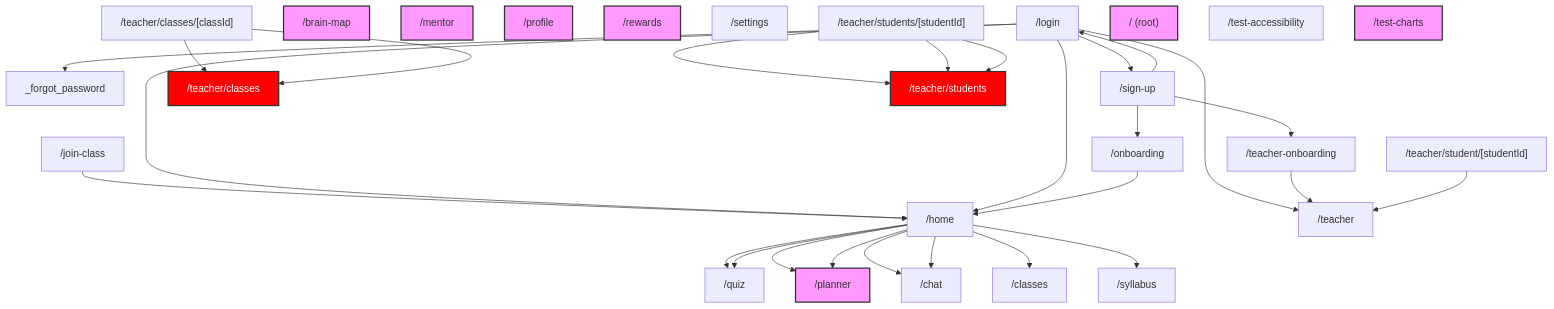
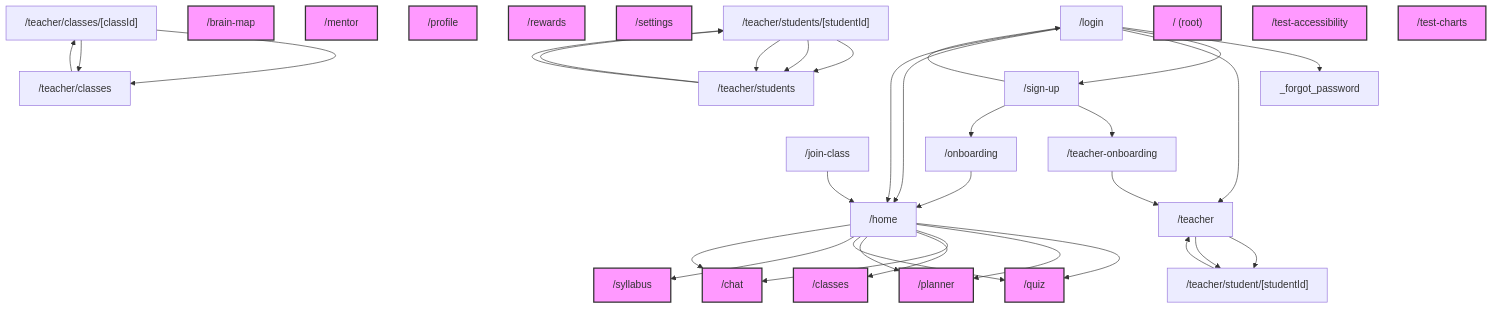
The diagram in UX_FLOW_ENTROPY_REPORT.md (dozceo/SANKALP), drawn with Mermaid before and after one commit. The commit also changed other lines of this file and 1 other file, not shown here.

First line of the commit message:
Implement UX Flow Entropy Analysis

````diff
--- a/UX_FLOW_ENTROPY_REPORT.md
+++ b/UX_FLOW_ENTROPY_REPORT.md
@@ -14,56 +15,61 @@
 ```mermaid
 graph TD
   _join_class["/join-class"]
   _join_class --> _home
   _login["/login"]
   _login --> _forgot_password
   _login --> _sign_up
   _login --> _teacher
   _login --> _home
   _login --> _home
   _onboarding["/onboarding"]
   _onboarding --> _home
   _sign_up["/sign-up"]
   _sign_up --> _login
   _sign_up --> _teacher_onboarding
   _sign_up --> _onboarding
   _teacher_onboarding["/teacher-onboarding"]
   _teacher_onboarding --> _teacher
   _brain_map["/brain-map"]:::deadEnd
-  _chat["/chat"]
-  _classes["/classes"]
+  _chat["/chat"]:::deadEnd
+  _classes["/classes"]:::deadEnd
   _home["/home"]
   _home --> _quiz
   _home --> _planner
   _home --> _chat
   _home --> _classes
   _home --> _planner
   _home --> _quiz
   _home --> _syllabus
   _home --> _chat
   _mentor["/mentor"]:::deadEnd
   _planner["/planner"]:::deadEnd
   _profile["/profile"]:::deadEnd
-  _quiz["/quiz"]
+  _quiz["/quiz"]:::deadEnd
   _rewards["/rewards"]:::deadEnd
-  _settings["/settings"]
-  _syllabus["/syllabus"]
-  _teacher_classes_classId["/teacher/classes/[classId]"]
-  _teacher_classes_classId --> _teacher_classes
-  _teacher_classes_classId --> _teacher_classes
-  _teacher_classes["/teacher/classes"]:::highLoad
+  _settings["/settings"]:::deadEnd
+  _syllabus["/syllabus"]:::deadEnd
+  _teacher_classes_IclassIdI["/teacher/classes/[classId]"]
+  _teacher_classes_IclassIdI --> _teacher_classes
+  _teacher_classes_IclassIdI --> _teacher_classes
+  _teacher_classes["/teacher/classes"]
+  _teacher_classes --> _teacher_classes_IclassIdI
   _teacher["/teacher"]
-  _teacher_student_studentId["/teacher/student/[studentId]"]
-  _teacher_student_studentId --> _teacher
-  _teacher_students_studentId["/teacher/students/[studentId]"]
-  _teacher_students_studentId --> _teacher_students
-  _teacher_students_studentId --> _teacher_students
-  _teacher_students_studentId --> _teacher_students
-  _teacher_students["/teacher/students"]:::highLoad
+  _teacher --> _teacher_student_IstudentIdI
+  _teacher --> _teacher_student_IstudentIdI
+  _teacher_student_IstudentIdI["/teacher/student/[studentId]"]
+  _teacher_student_IstudentIdI --> _teacher
+  _teacher_students_IstudentIdI["/teacher/students/[studentId]"]
+  _teacher_students_IstudentIdI --> _teacher_students
+  _teacher_students_IstudentIdI --> _teacher_students
+  _teacher_students_IstudentIdI --> _teacher_students
+  _teacher_students["/teacher/students"]
+  _teacher_students --> _teacher_students_IstudentIdI
+  _teacher_students --> _teacher_students_IstudentIdI
   _["/ (root)"]:::deadEnd
-  _test_accessibility["/test-accessibility"]
+  _test_accessibility["/test-accessibility"]:::deadEnd
   _test_charts["/test-charts"]:::deadEnd
 
   classDef deadEnd fill:#f9f,stroke:#333,stroke-width:2px;
   classDef highLoad fill:#f00,stroke:#333,stroke-width:2px,color:#fff;
 ```
````
